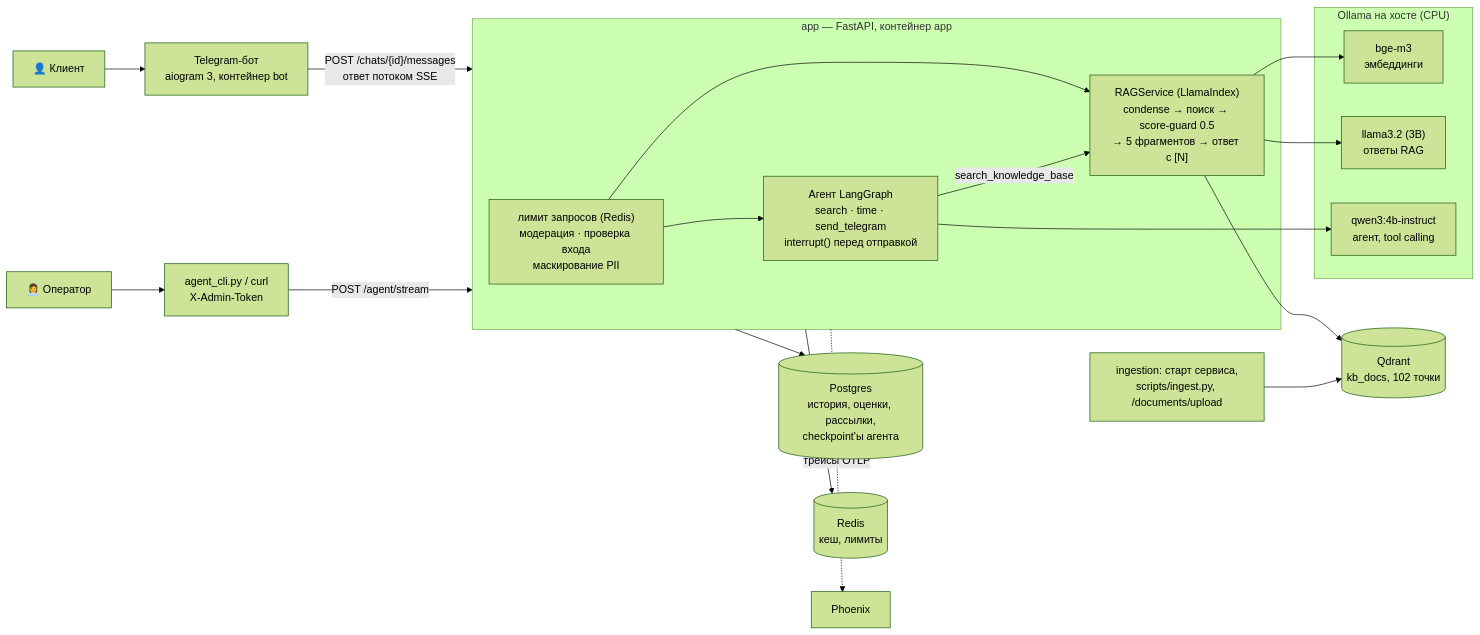
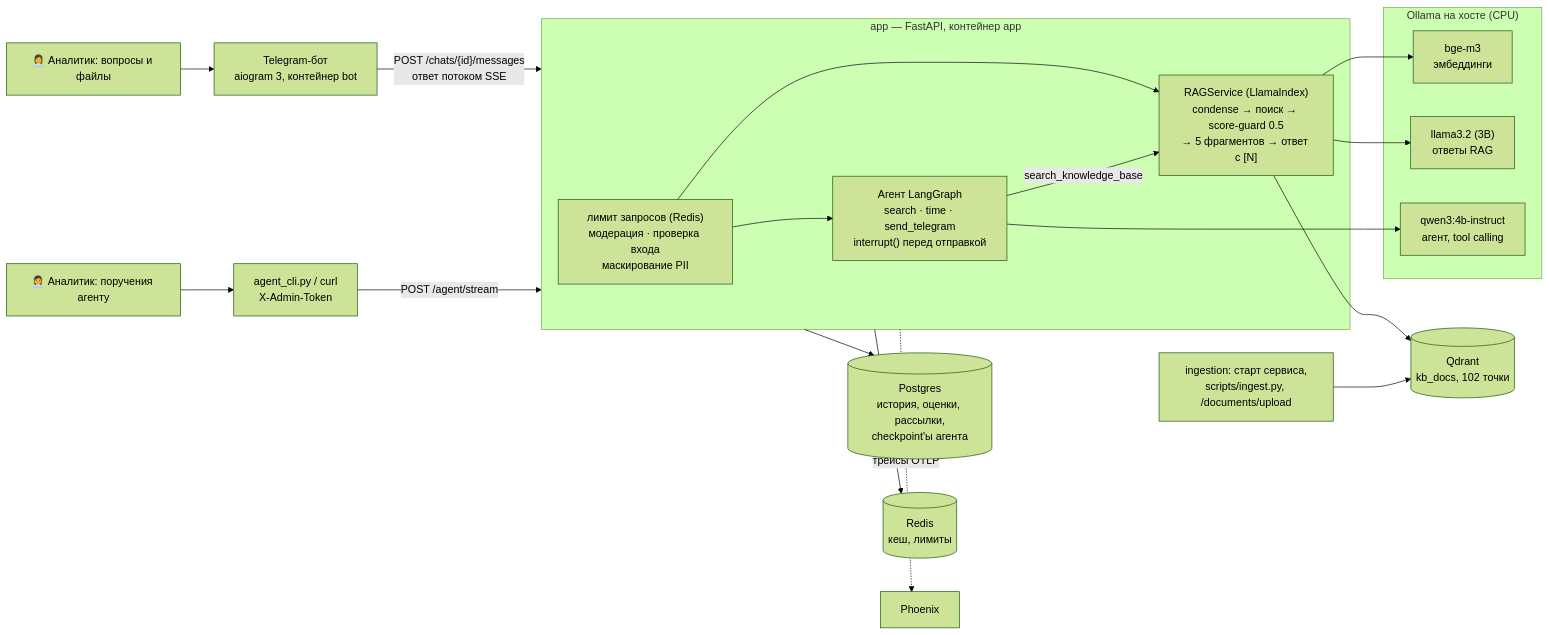
Before and after one commit to AlexBuQA/multapi: the diagram in docs/decisions.md, drawn with Mermaid (forest theme). The commit also changed other lines of this file and 2 other files, not shown here.

````diff
--- a/docs/decisions.md
+++ b/docs/decisions.md
@@ -107,28 +113,28 @@
 ```mermaid
 flowchart LR
-    U["👤 Клиент"] --> BOT["Telegram-бот<br/>aiogram 3, контейнер bot"]
-    OP["👩‍💼 Оператор"] --> CLI["agent_cli.py / curl<br/>X-Admin-Token"]
+    U["👩‍💼 Аналитик: вопросы и файлы"] --> BOT["Telegram-бот<br/>aiogram 3, контейнер bot"]
+    OP["👩‍💼 Аналитик: поручения агенту"] --> CLI["agent_cli.py / curl<br/>X-Admin-Token"]
     BOT -->|"POST /chats/{id}/messages<br/>ответ потоком SSE"| APP
     CLI -->|"POST /agent/stream"| APP
     subgraph APP["app — FastAPI, контейнер app"]
         MW["лимит запросов (Redis)<br/>модерация · проверка входа<br/>маскирование PII"]
         RAG["RAGService (LlamaIndex)<br/>condense → поиск → score-guard 0.5<br/>→ 5 фрагментов → ответ с [N]"]
         AG["Агент LangGraph<br/>search · time · send_telegram<br/>interrupt() перед отправкой"]
         MW --> RAG
         MW --> AG
         AG -->|"search_knowledge_base"| RAG
     end
     subgraph OLL["Ollama на хосте (CPU)"]
         EMB["bge-m3<br/>эмбеддинги"]
         LLM["llama3.2 (3B)<br/>ответы RAG"]
         AGM["qwen3:4b-instruct<br/>агент, tool calling"]
     end
     RAG --> EMB
     RAG --> LLM
     AG --> AGM
     RAG --> QD[("Qdrant<br/>kb_docs, 102 точки")]
     APP --> PG[("Postgres<br/>история, оценки, рассылки,<br/>checkpoint'ы агента")]
     APP --> RD[("Redis<br/>кеш, лимиты")]
     APP -.->|"трейсы OTLP"| PHX["Phoenix"]
     ING["ingestion: старт сервиса,<br/>scripts/ingest.py, /documents/upload"] --> QD
 ```
````
